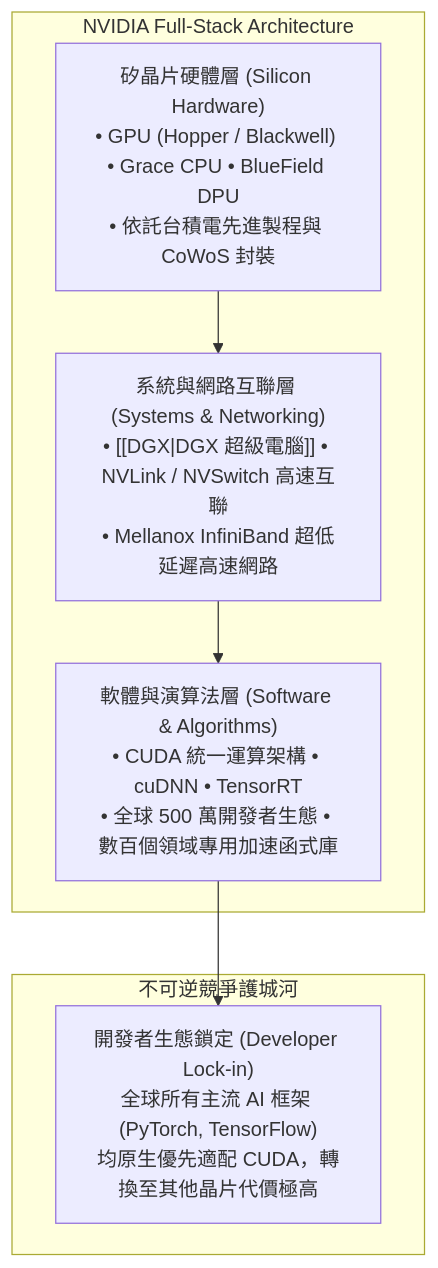
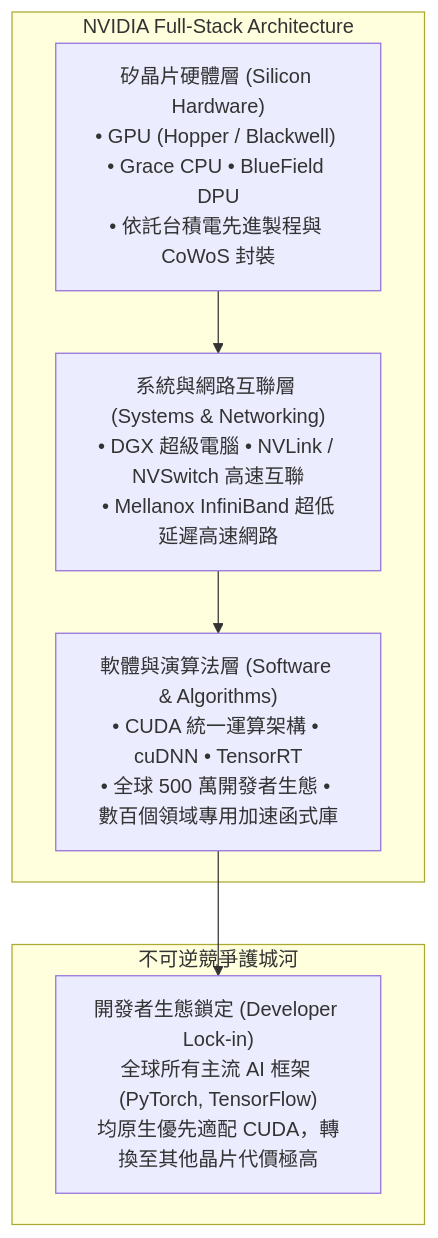
One commit to Jimlin0428/my-digital-garden changed the diagram in src/site/notes/98_商業概念庫/nvidia_輝達.md. Above: the diagram before and after it, drawn with Mermaid. The commit also changed 3 other files, not shown here.

````diff
--- a/src/site/notes/98_商業概念庫/nvidia_輝達.md
+++ b/src/site/notes/98_商業概念庫/nvidia_輝達.md
@@ -17,14 +17,14 @@
 ```mermaid
 flowchart TD
     subgraph 輝達全端運算三位一體架構 ["NVIDIA Full-Stack Architecture"]
         L3["軟體與演算法層 (Software & Algorithms)<br>• CUDA 統一運算架構 • cuDNN • TensorRT<br>• 全球 500 萬開發者生態 • 數百個領域專用加速函式庫"]
-        L2["系統與網路互聯層 (Systems & Networking)<br>• [[DGX|DGX 超級電腦]] • NVLink / NVSwitch 高速互聯<br>• Mellanox InfiniBand 超低延遲高速網路"]
+        L2["系統與網路互聯層 (Systems & Networking)<br>• DGX 超級電腦 • NVLink / NVSwitch 高速互聯<br>• Mellanox InfiniBand 超低延遲高速網路"]
         L1["矽晶片硬體層 (Silicon Hardware)<br>• GPU (Hopper / Blackwell) • Grace CPU • BlueField DPU<br>• 依託台積電先進製程與 CoWoS 封裝"]
     end
 
     L1 --> L2 --> L3
 
     subgraph 網絡效應與轉換成本 ["不可逆競爭護城河"]
         L3 --> MOAT["開發者生態鎖定 (Developer Lock-in)<br>全球所有主流 AI 框架 (PyTorch, TensorFlow)<br>均原生優先適配 CUDA，轉換至其他晶片代價極高"]
     end
 ```
````
